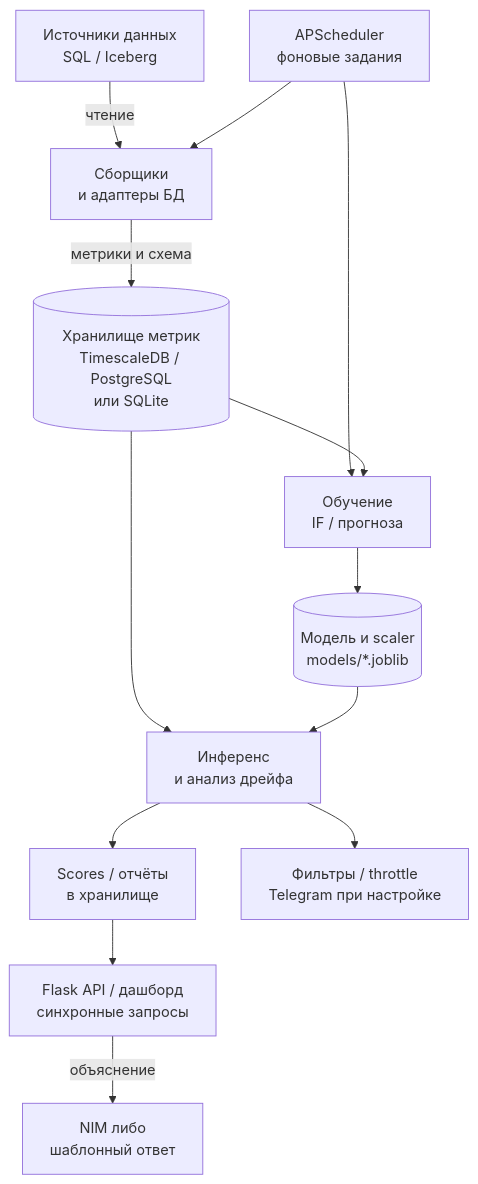
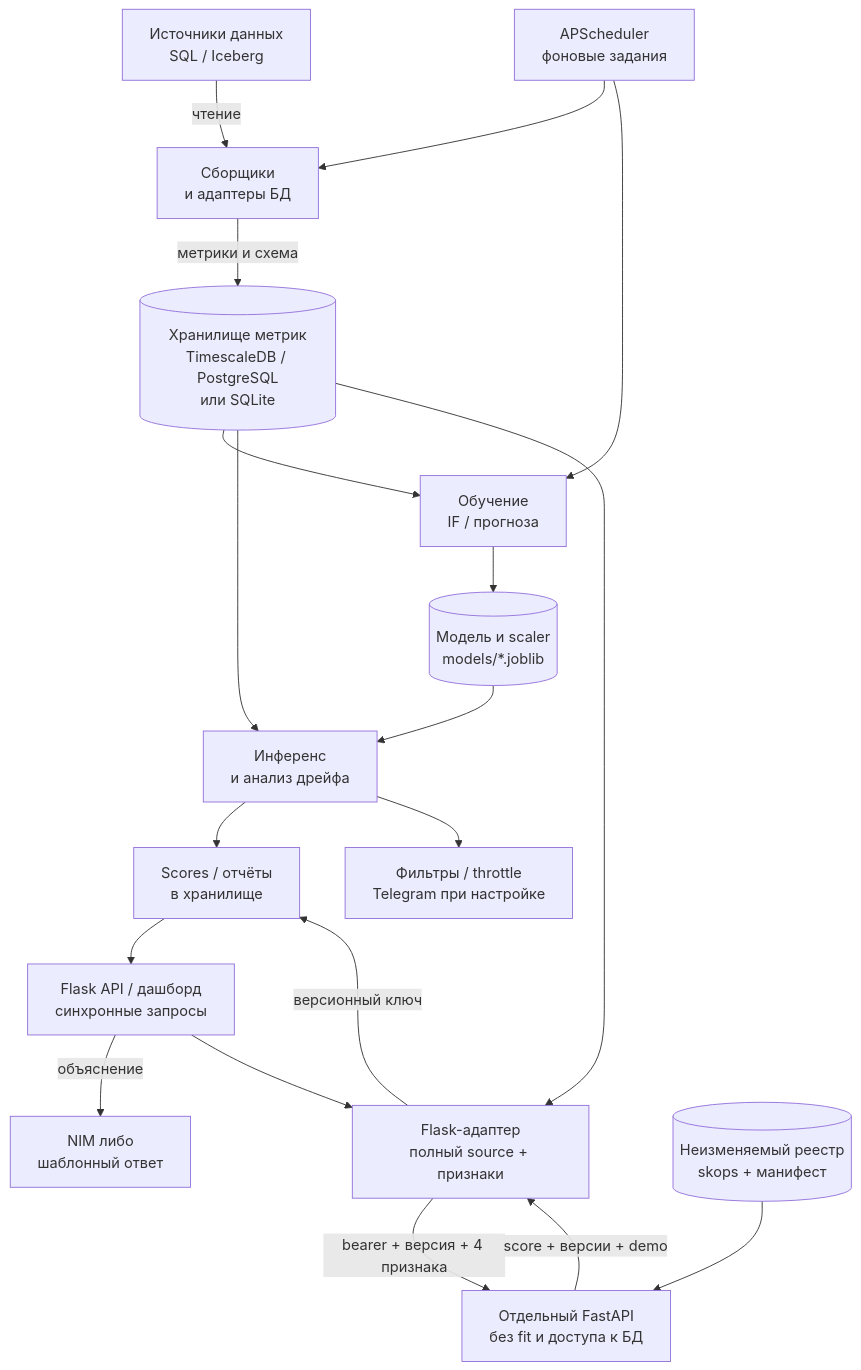
Before and after one commit to aleksandr-novikov/ai-integration-development: the diagram in docs/Architecture.md, drawn with Mermaid. The commit also changed other lines of this file and 46 other files, not shown here.

Commit message:
Implement source-scoped FastAPI inference and versioned results (#12)

````diff
--- a/docs/Architecture.md
+++ b/docs/Architecture.md
@@ -9,15 +9,21 @@
 ```mermaid
 flowchart TB
     DB["Источники данных<br/>SQL / Iceberg"] -->|"чтение"| COL["Сборщики<br/>и адаптеры БД"]
     SCH["APScheduler<br/>фоновые задания"] --> COL
     COL -->|"метрики и схема"| STORE[("Хранилище метрик<br/>TimescaleDB / PostgreSQL<br/>или SQLite")]
     SCH --> TRAIN["Обучение<br/>IF / прогноза"]
     STORE --> TRAIN
     TRAIN --> MODEL[("Модель и scaler<br/>models/*.joblib")]
     STORE --> SCORE["Инференс<br/>и анализ дрейфа"]
     MODEL --> SCORE
     SCORE --> OUT["Scores / отчёты<br/>в хранилище"]
     OUT --> API["Flask API / дашборд<br/>синхронные запросы"]
     SCORE --> ALERT["Фильтры / throttle<br/>Telegram при настройке"]
     API -->|"объяснение"| LLM["NIM либо<br/>шаблонный ответ"]
+    STORE --> ADAPTER["Flask-адаптер<br/>полный source + признаки"]
+    API --> ADAPTER
+    ADAPTER -->|"bearer + версия + 4 признака"| FAST["Отдельный FastAPI<br/>без fit и доступа к БД"]
+    REG[("Неизменяемый реестр<br/>skops + манифест")] --> FAST
+    FAST -->|"score + версии + demo"| ADAPTER
+    ADAPTER -->|"версионный ключ"| OUT
 ```
````
